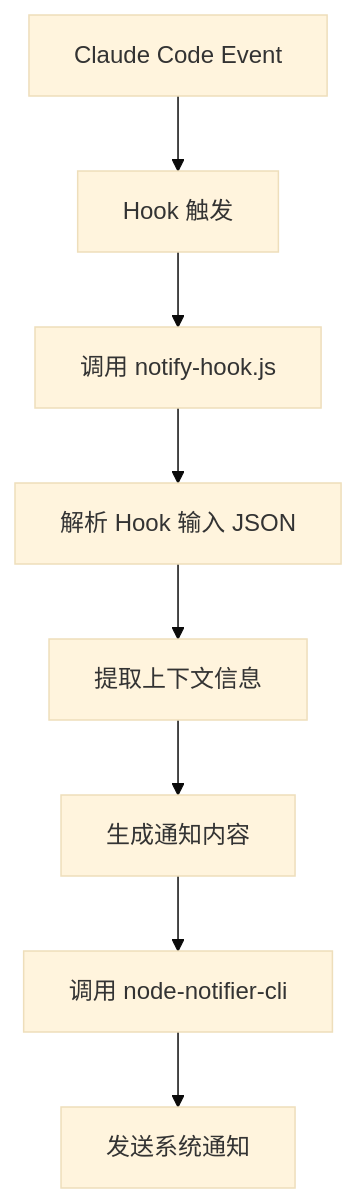
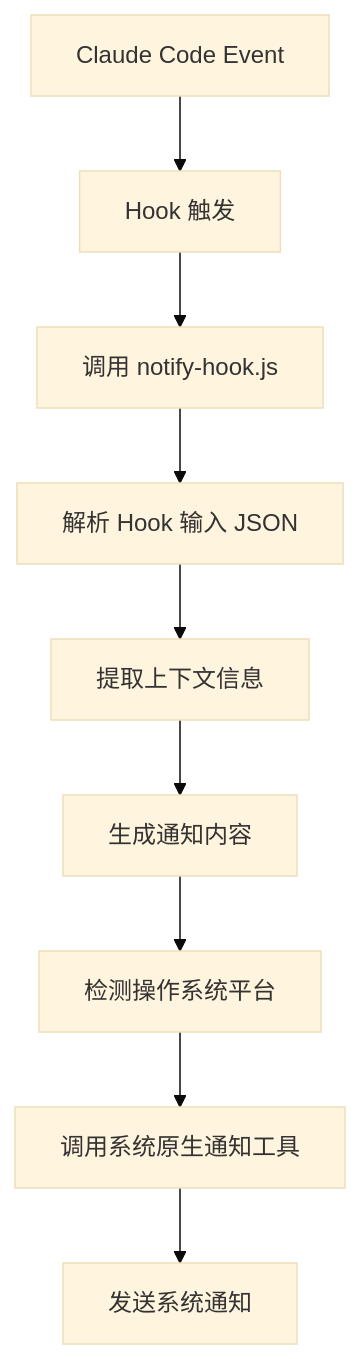
One commit to startvibe/startvibe-cc-marketplace changed the diagram in plugins/notify/README.md. Above: the diagram before and after it, drawn with Mermaid (base theme). The commit also changed other lines of this file and 1 other file, not shown here.

````diff
--- a/plugins/notify/README.md
+++ b/plugins/notify/README.md
@@ -450,10 +248,11 @@
 ```mermaid
 graph TD
     A[Claude Code Event] --> B[Hook 触发]
     B --> C[调用 notify-hook.js]
     C --> D[解析 Hook 输入 JSON]
     D --> E[提取上下文信息]
     E --> F[生成通知内容]
-    F --> G[调用 node-notifier-cli]
-    G --> H[发送系统通知]
+    F --> G[检测操作系统平台]
+    G --> H[调用系统原生通知工具]
+    H --> I[发送系统通知]
 ```
````
